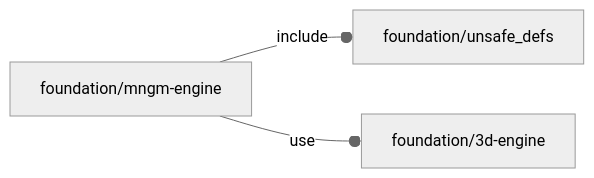
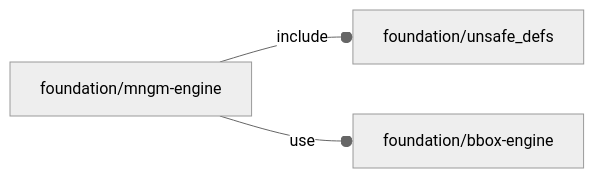
The diagram in orthodocs/foundation/mngm-engine.md (ggabbiani/OFL), drawn with Mermaid (neutral theme) before and after one commit. The commit also changed other lines of this file and 69 other files, not shown here.

````diff
--- a/orthodocs/foundation/mngm-engine.md
+++ b/orthodocs/foundation/mngm-engine.md
@@ -5,5 +5,5 @@
 ```mermaid
 graph LR
     A1[foundation/mngm-engine] --o|include| A2[foundation/unsafe_defs]
-    A1 --o|use| A3[foundation/3d-engine]
+    A1 --o|use| A3[foundation/bbox-engine]
 ```
````
